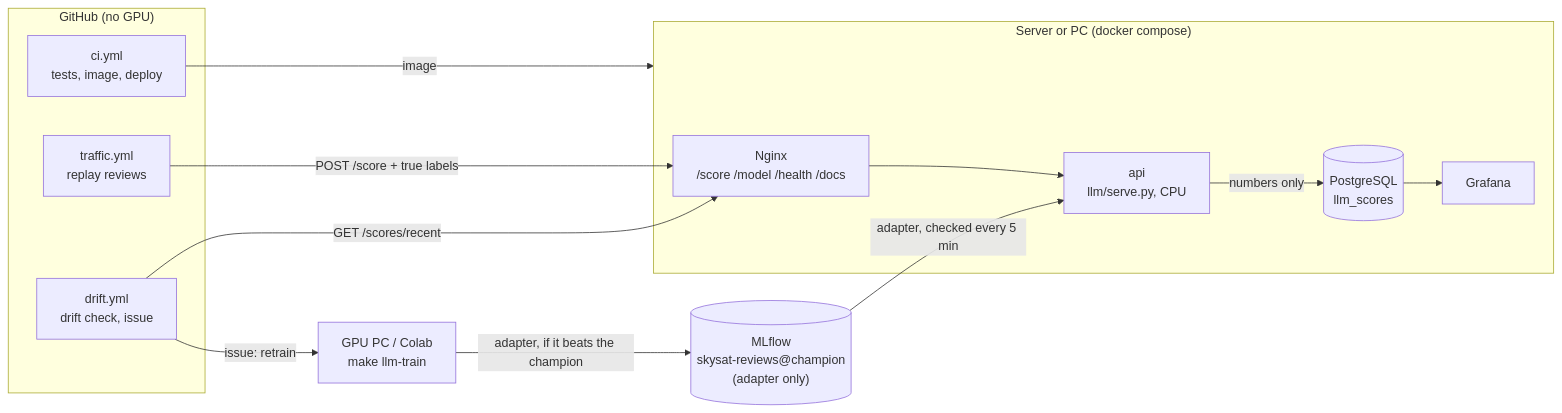
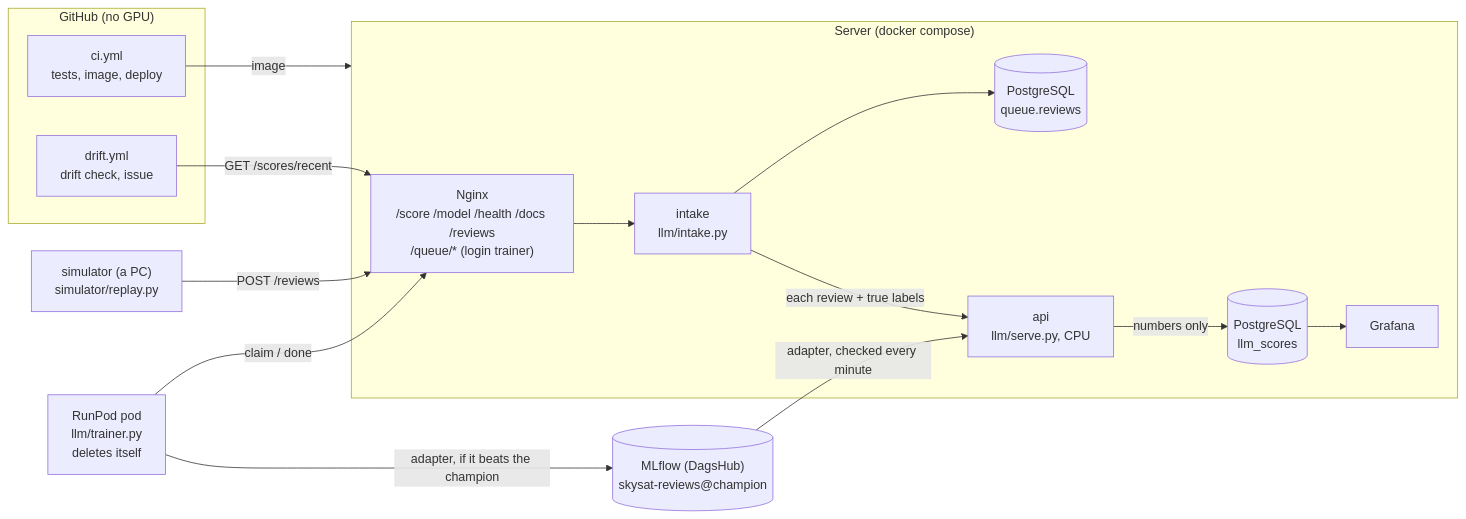
The diagram in docs/architecture.md (deensza/skysat-mlops), drawn with Mermaid before and after one commit. The commit also changed other lines of this file and 28 other files, not shown here.

Commit message:
Review queue and rented-GPU trainer: POST /reviews -> PostgreSQL queue (intake) -> trainer claims batches, trains on RunPod or locally -> gate -> MLflow champion; simulator posts reviews as passengers; notebook and traffic.yml removed; docs follow

````diff
--- a/docs/architecture.md
+++ b/docs/architecture.md
@@ -14,23 +15,26 @@
 ```mermaid
 flowchart LR
-    gpu["GPU PC / Colab<br/>make llm-train"]
-    subgraph GH["GitHub (no GPU)"]
-        ci["ci.yml<br/>tests, image, deploy"]
-        traffic["traffic.yml<br/>replay reviews"]
-        drift["drift.yml<br/>drift check, issue"]
-    end
-    mlflow[("MLflow<br/>skysat-reviews@champion<br/>(adapter only)")]
-    subgraph SRV["Server or PC (docker compose)"]
-        nginx["Nginx<br/>/score /model /health /docs"]
+    sim["simulator (a PC)<br/>simulator/replay.py"]
+    subgraph SRV["Server (docker compose)"]
+        nginx["Nginx<br/>/score /model /health /docs /reviews<br/>/queue/* (login trainer)"]
+        intake["intake<br/>llm/intake.py"]
+        queue[("PostgreSQL<br/>queue.reviews")]
         api["api<br/>llm/serve.py, CPU"]
         pg[("PostgreSQL<br/>llm_scores")]
         grafana["Grafana"]
     end
-    gpu -- "adapter, if it beats the champion" --> mlflow
-    mlflow -- "adapter, checked every 5 min" --> api
-    traffic -- "POST /score + true labels" --> nginx --> api
+    pod["RunPod pod<br/>llm/trainer.py<br/>deletes itself"]
+    mlflow[("MLflow (DagsHub)<br/>skysat-reviews@champion")]
+    subgraph GH["GitHub (no GPU)"]
+        ci["ci.yml<br/>tests, image, deploy"]
+        drift["drift.yml<br/>drift check, issue"]
+    end
+    sim -- "POST /reviews" --> nginx --> intake --> queue
+    intake -- "each review + true labels" --> api
+    pod -- "claim / done" --> nginx
+    pod -- "adapter, if it beats the champion" --> mlflow
+    mlflow -- "adapter, checked every minute" --> api
     api -- "numbers only" --> pg --> grafana
     drift -- "GET /scores/recent" --> nginx
-    drift -- "issue: retrain" --> gpu
     ci -- "image" --> SRV
 ```
````
